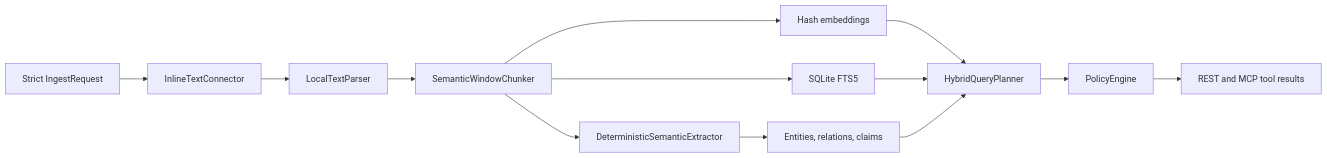
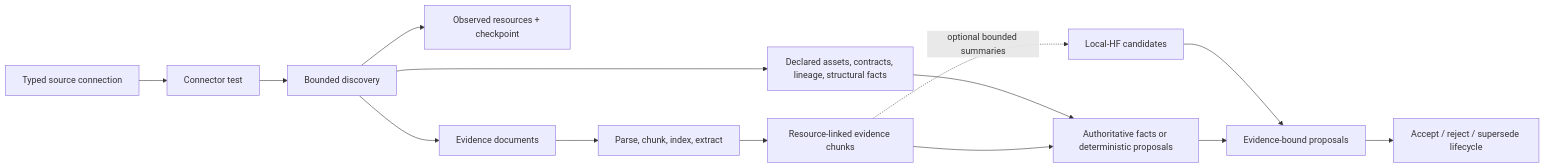
Before and after one commit to aantenore/semantic-junkyard: the second of 3 diagrams in docs/architecture.md, drawn with Mermaid. The commit also changed other lines of this file and 72 other files, not shown here.

````diff
--- a/docs/architecture.md
+++ b/docs/architecture.md
@@ -37,15 +56,16 @@
 ```mermaid
 flowchart LR
-  A["Strict IngestRequest"] --> B["InlineTextConnector"]
-  B --> C["LocalTextParser"]
-  C --> D["SemanticWindowChunker"]
-  D --> E["DeterministicSemanticExtractor"]
-  D --> F["Hash embeddings"]
-  D --> G["SQLite FTS5"]
-  E --> H["Entities, relations, claims"]
-  F --> I["HybridQueryPlanner"]
-  G --> I
-  H --> I
-  I --> J["PolicyEngine"]
-  J --> K["REST and MCP tool results"]
+  C["Typed source connection"] --> T["Connector test"]
+  T --> D["Bounded discovery"]
+  D --> R["Observed resources + checkpoint"]
+  D --> E["Evidence documents"]
+  D --> F["Declared assets, contracts, lineage, structural facts"]
+  E --> I["Parse, chunk, index, extract"]
+  I --> L["Resource-linked evidence chunks"]
+  F --> A["Authoritative facts or deterministic proposals"]
+  L --> A
+  L -. optional bounded summaries .-> M["Local-HF candidates"]
+  M --> P["Evidence-bound proposals"]
+  A --> P
+  P --> V["Accept / reject / supersede lifecycle"]
 ```
````
